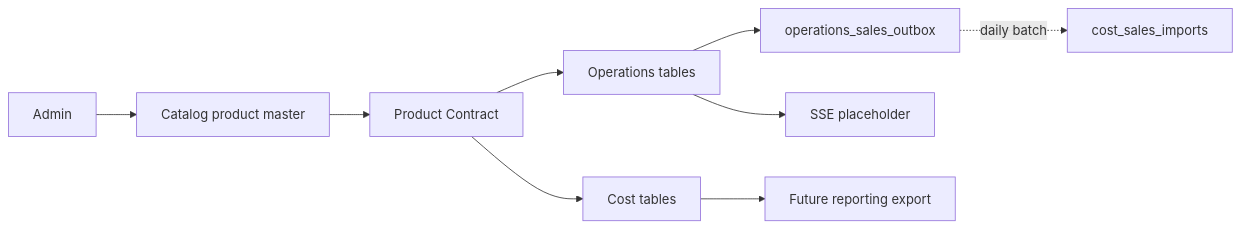
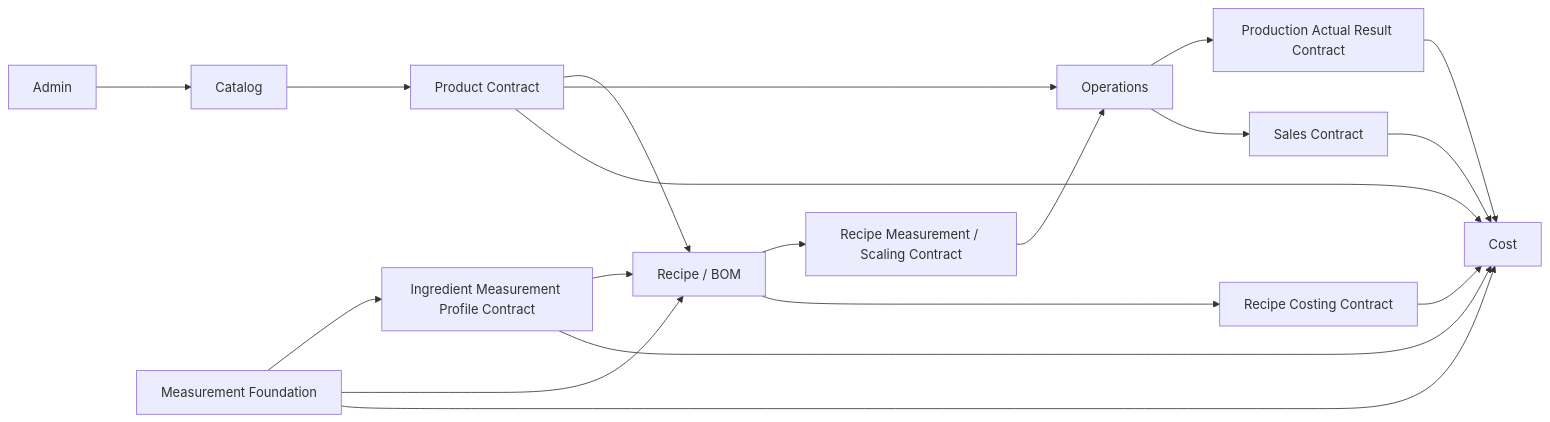
Before and after one commit to lighthousefood0508-wq/island-operations-assistant: the diagram in docs/02_SYSTEM_ARCHITECTURE.md, drawn with Mermaid. The commit also changed other lines of this file and 11 other files, not shown here.

````diff
--- a/docs/02_SYSTEM_ARCHITECTURE.md
+++ b/docs/02_SYSTEM_ARCHITECTURE.md
@@ -5,11 +5,23 @@
 ```mermaid
 flowchart LR
-  Admin[Admin] --> Catalog[Catalog product master]
+  Admin[Admin] --> Catalog[Catalog]
   Catalog --> Product[Product Contract]
-  Product --> Operations[Operations tables]
-  Product --> Cost[Cost tables]
-  Operations --> Outbox[operations_sales_outbox]
-  Outbox -. daily batch .-> Imports[cost_sales_imports]
-  Cost --> Sheets[Future reporting export]
-  Operations --> SSE[SSE placeholder]
+  Product --> Recipe[Recipe / BOM]
+  Product --> Operations[Operations]
+  Product --> Cost[Cost]
+
+  Measurement[Measurement Foundation] --> Profile[Ingredient Measurement Profile Contract]
+  Profile --> Recipe
+  Profile --> Cost
+  Measurement --> Recipe
+  Measurement --> Cost
+
+  Recipe --> RecipeOps[Recipe Measurement / Scaling Contract]
+  RecipeOps --> Operations
+  Recipe --> RecipeCost[Recipe Costing Contract]
+  RecipeCost --> Cost
+  Operations --> Actual[Production Actual Result Contract]
+  Actual --> Cost
+  Operations --> Sales[Sales Contract]
+  Sales --> Cost
 ```
````
